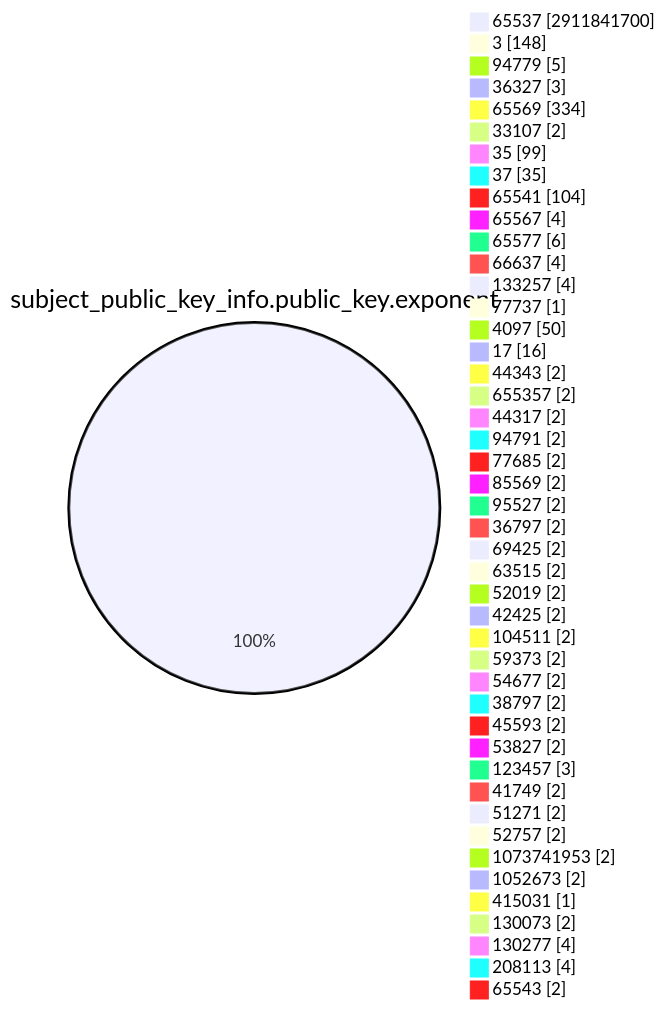
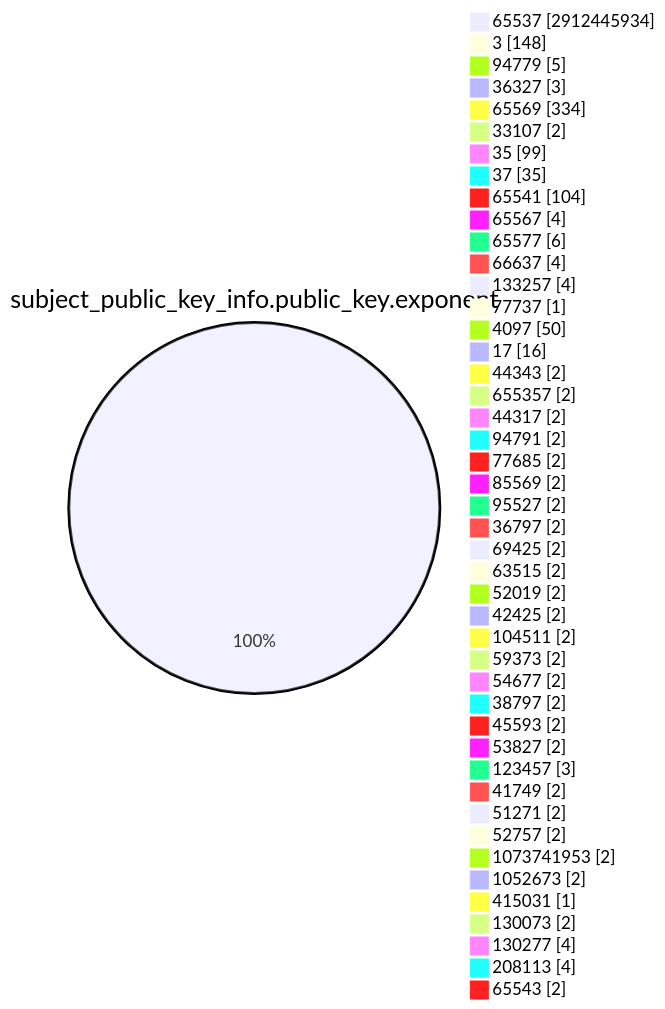
The fourth of 15 diagrams in TOTAL/README.md (christiankrug/ctmonitor_visualization), drawn with Mermaid before and after one commit. The commit also changed other lines of this file, not shown here.

````diff
--- a/TOTAL/README.md
+++ b/TOTAL/README.md
@@ -1469,49 +1469,49 @@
 ```mermaid
 pie showData
 title subject_public_key_info.public_key.exponent
-"65537" :2911841700
+"65537" :2912445934
 "3" :148
 "94779" :5
 "36327" :3
 "65569" :334
 "33107" :2
 "35" :99
 "37" :35
 "65541" :104
 "65567" :4
 "65577" :6
 "66637" :4
 "133257" :4
 "77737" :1
 "4097" :50
 "17" :16
 "44343" :2
 "655357" :2
 "44317" :2
 "94791" :2
 "77685" :2
 "85569" :2
 "95527" :2
 "36797" :2
 "69425" :2
 "63515" :2
 "52019" :2
 "42425" :2
 "104511" :2
 "59373" :2
 "54677" :2
 "38797" :2
 "45593" :2
 "53827" :2
 "123457" :3
 "41749" :2
 "51271" :2
 "52757" :2
 "1073741953" :2
 "1052673" :2
 "415031" :1
 "130073" :2
 "130277" :4
 "208113" :4
 "65543" :2
 ```
````
